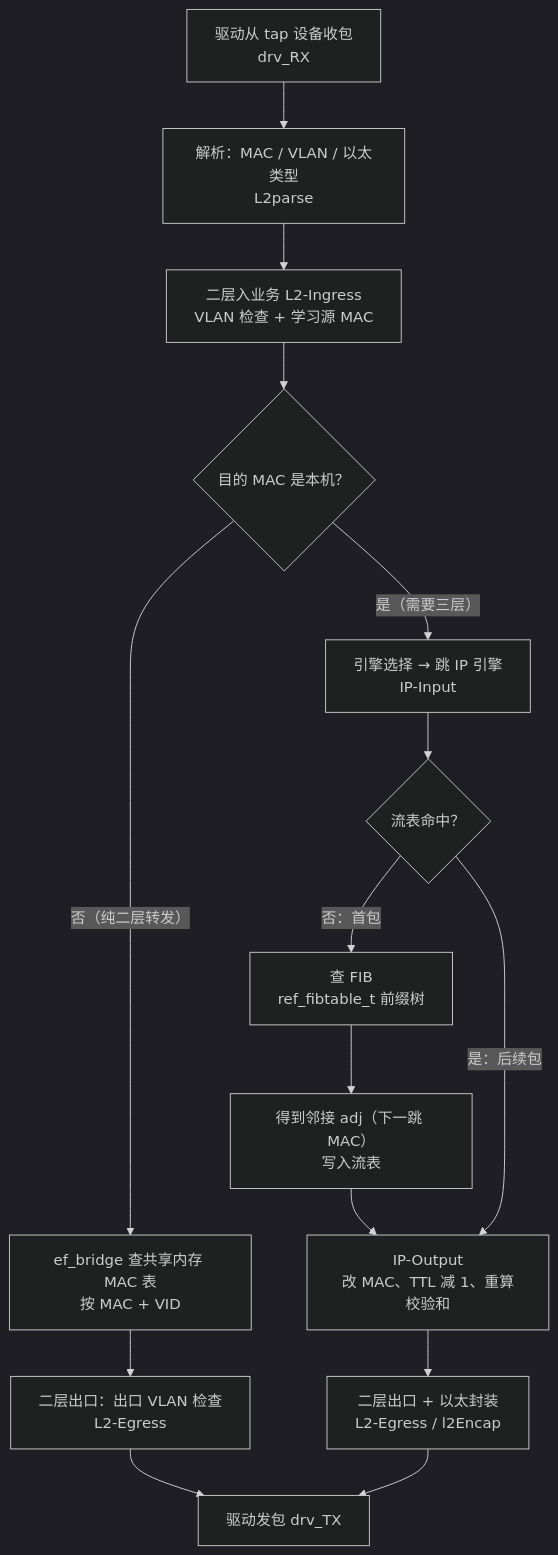
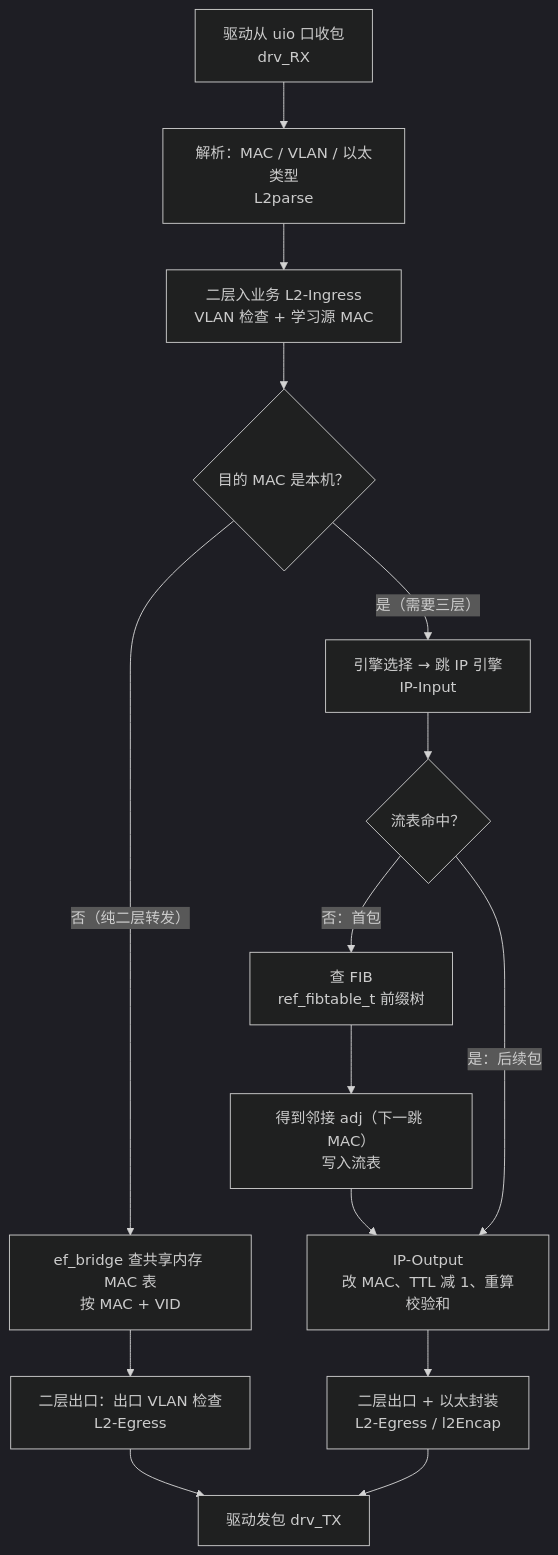
The diagram in 00-待整理/业界分析/锐捷-交换软转与x86模拟器/X86模拟器缺失进程清单-2026-11-02.md (liuhenian/AI_Document), drawn with Mermaid (dark theme) before and after one commit. The commit also changed other lines of this file and 3 other files, not shown here.

````diff
--- a/00-待整理/业界分析/锐捷-交换软转与x86模拟器/X86模拟器缺失进程清单-2026-11-02.md
+++ b/00-待整理/业界分析/锐捷-交换软转与x86模拟器/X86模拟器缺失进程清单-2026-11-02.md
@@ -708,17 +870,17 @@
 ```mermaid
 flowchart TD
-    A["驱动从 tap 设备收包<br/>drv_RX"] --> B["解析：MAC / VLAN / 以太类型<br/>L2parse"]
+    A["驱动从 uio 口收包<br/>drv_RX"] --> B["解析：MAC / VLAN / 以太类型<br/>L2parse"]
     B --> C["二层入业务 L2-Ingress<br/>VLAN 检查 + 学习源 MAC"]
     C --> D{"目的 MAC 是本机？"}
     D -->|"否（纯二层转发）"| E["ef_bridge 查共享内存 MAC 表<br/>按 MAC + VID"]
     E --> F["二层出口：出口 VLAN 检查<br/>L2-Egress"]
     F --> Z["驱动发包 drv_TX"]
     D -->|"是（需要三层）"| H["引擎选择 → 跳 IP 引擎<br/>IP-Input"]
     H --> I{"流表命中？"}
     I -->|"否：首包"| J["查 FIB<br/>ref_fibtable_t 前缀树"]
     J --> K["得到邻接 adj（下一跳 MAC）<br/>写入流表"]
     K --> L["IP-Output<br/>改 MAC、TTL 减 1、重算校验和"]
     I -->|"是：后续包"| L
     L --> M["二层出口 + 以太封装<br/>L2-Egress / l2Encap"]
     M --> Z
 ```
````
